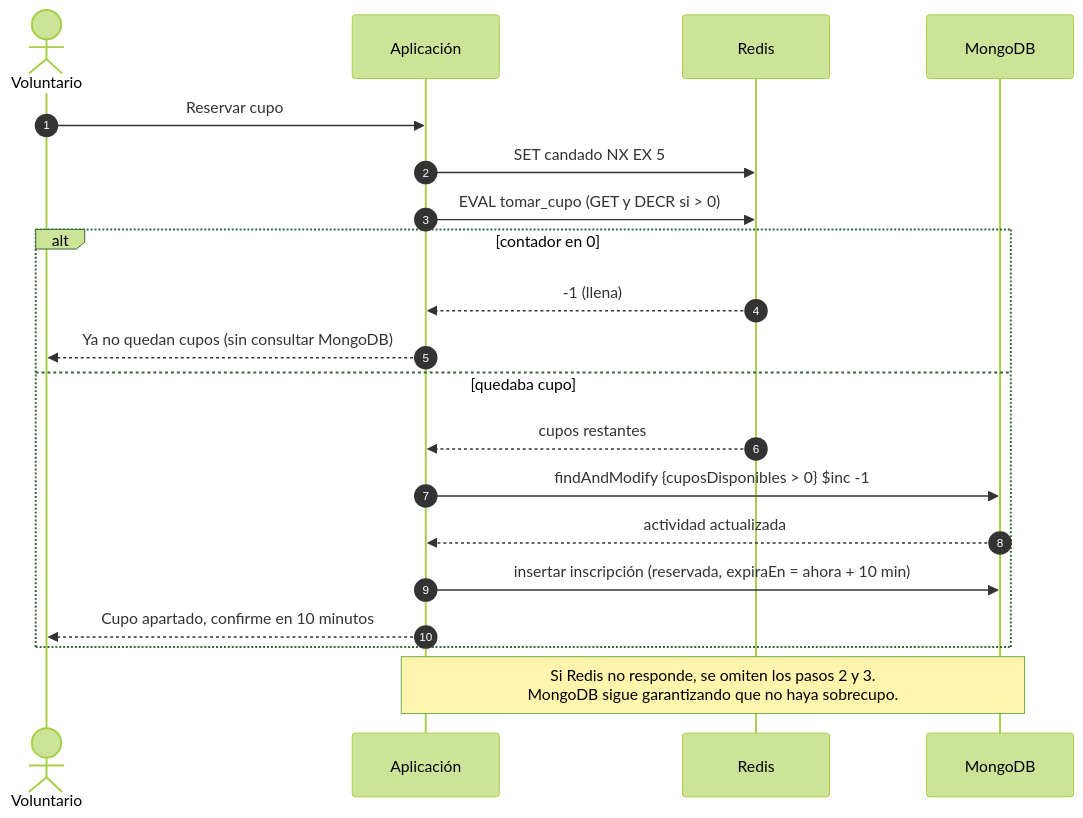
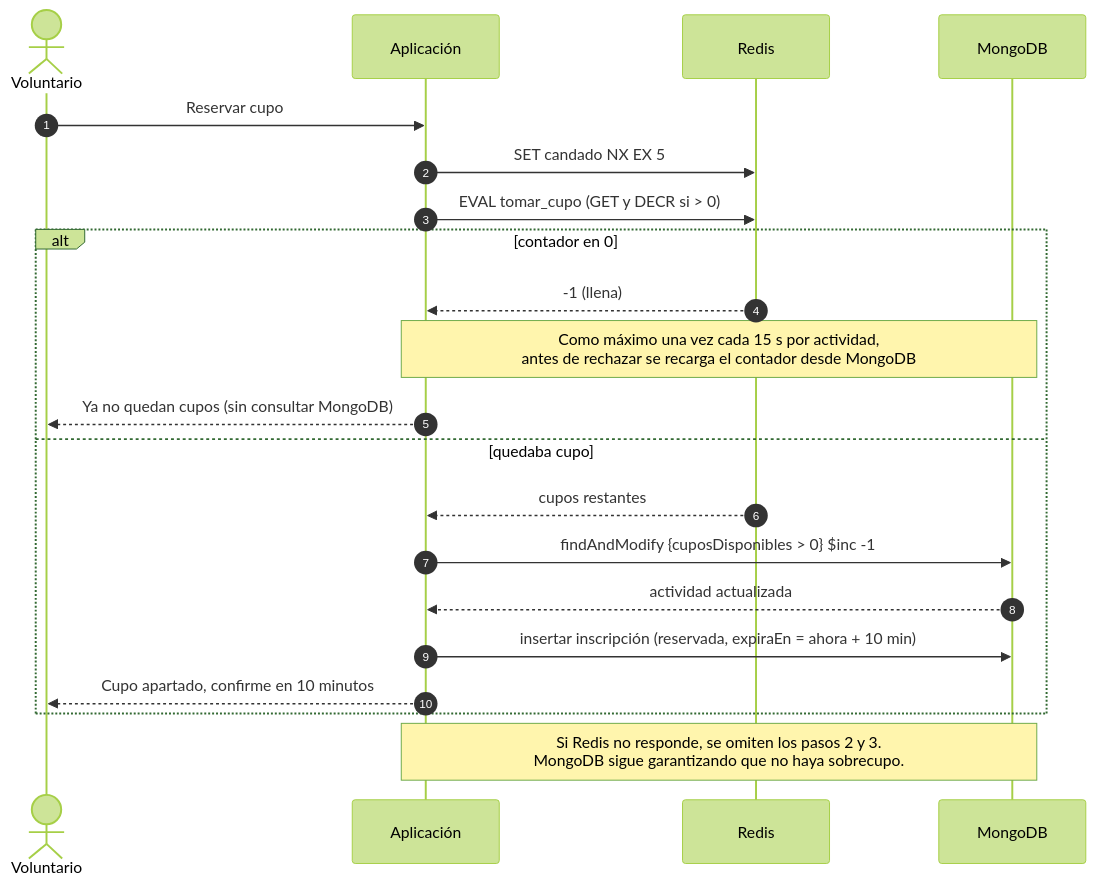
One commit to 41varado/voluntary-hub changed the second of 2 diagrams in docs/arquitectura/README.md. Above: the diagram before and after it, drawn with Mermaid (forest theme). The commit also changed other lines of this file and 7 other files, not shown here.

````diff
--- a/docs/arquitectura/README.md
+++ b/docs/arquitectura/README.md
@@ -76,22 +77,23 @@
 ```mermaid
 sequenceDiagram
     autonumber
     actor V as Voluntario
     participant A as Aplicación
     participant R as Redis
     participant M as MongoDB
     V->>A: Reservar cupo
     A->>R: SET candado NX EX 5
     A->>R: EVAL tomar_cupo (GET y DECR si > 0)
     alt contador en 0
         R-->>A: -1 (llena)
+        Note over A,M: Como máximo una vez cada 15 s por actividad,<br/>antes de rechazar se recarga el contador desde MongoDB
         A-->>V: Ya no quedan cupos (sin consultar MongoDB)
     else quedaba cupo
         R-->>A: cupos restantes
         A->>M: findAndModify {cuposDisponibles > 0} $inc -1
         M-->>A: actividad actualizada
         A->>M: insertar inscripción (reservada, expiraEn = ahora + 10 min)
         A-->>V: Cupo apartado, confirme en 10 minutos
     end
     Note over A,M: Si Redis no responde, se omiten los pasos 2 y 3.<br/>MongoDB sigue garantizando que no haya sobrecupo.
 ```
````
